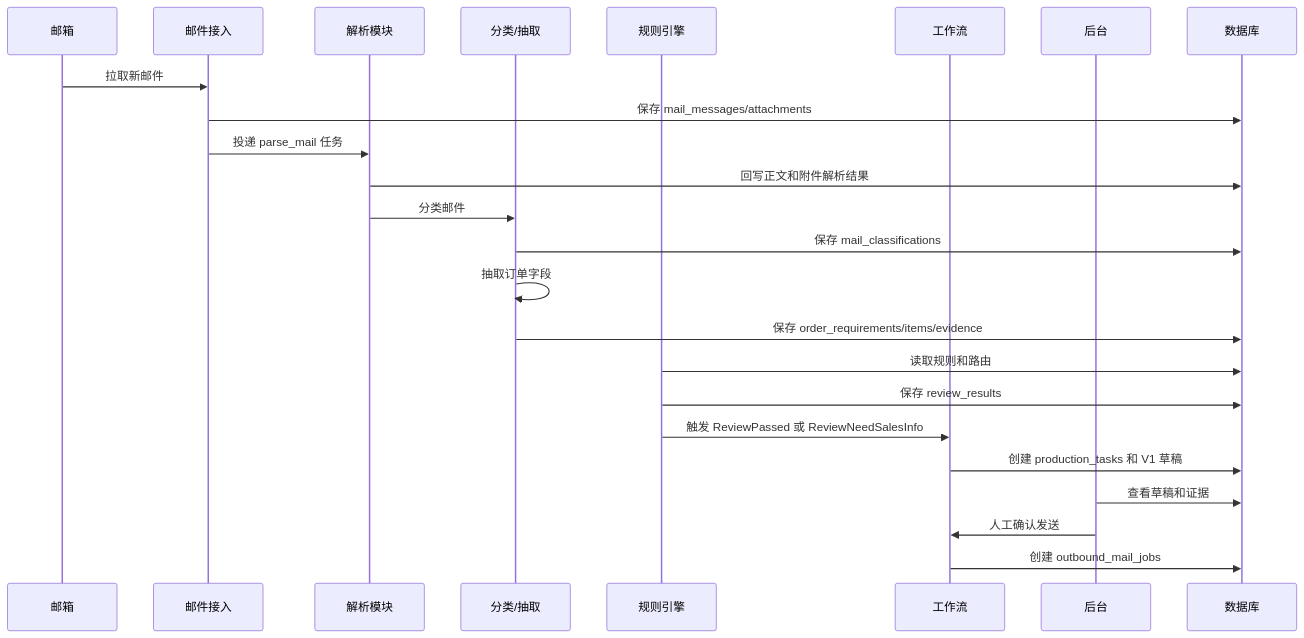
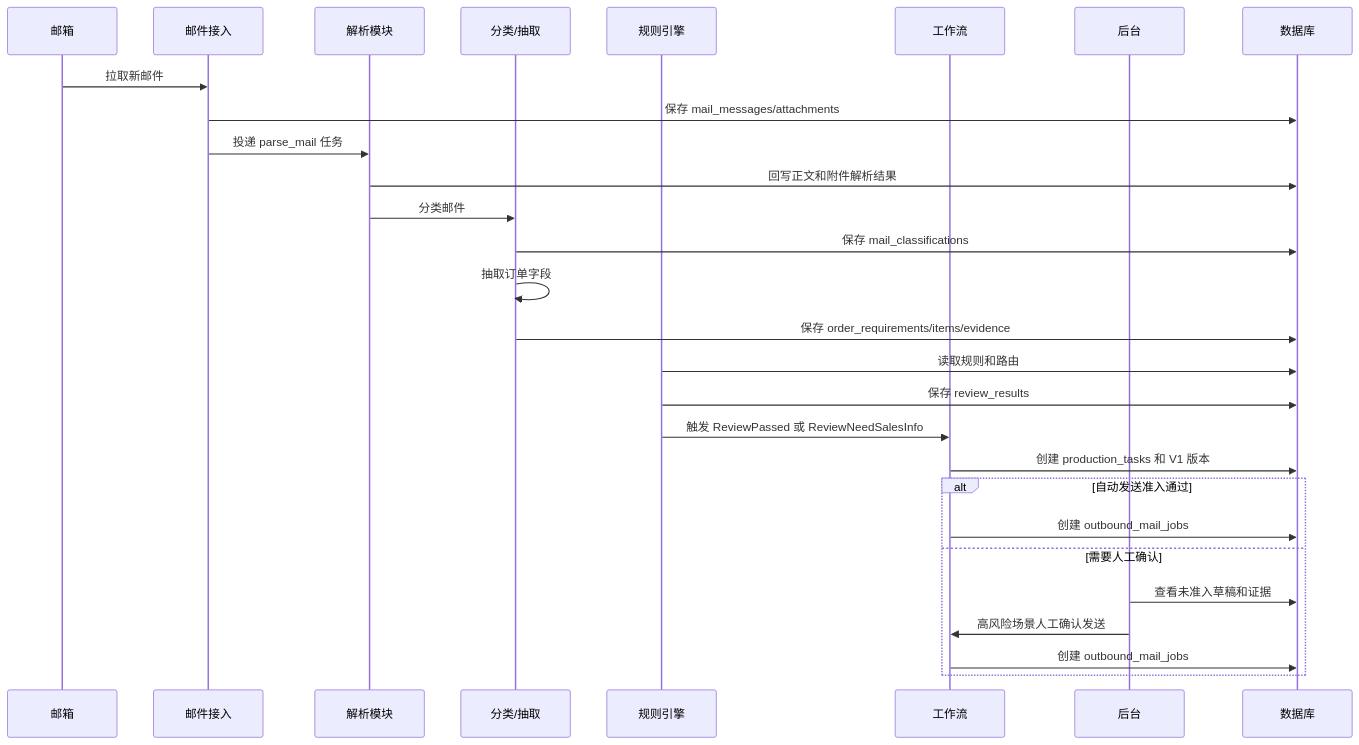
One commit to kaimw/jm-sp-bot changed the third of 4 diagrams in docs/database-workflow-design.md. Above: the diagram before and after it, drawn with Mermaid. The commit also changed other lines of this file and 16 other files, not shown here.

Commit message:
Improve mail sync ordering and admin UI

````diff
--- a/docs/database-workflow-design.md
+++ b/docs/database-workflow-design.md
@@ -1020,27 +1020,31 @@
 ```mermaid
 sequenceDiagram
     participant Mail as 邮箱
     participant Gateway as 邮件接入
     participant Parser as 解析模块
     participant AI as 分类/抽取
     participant Rule as 规则引擎
     participant WF as 工作流
     participant Admin as 后台
     participant DB as 数据库
 
     Mail->>Gateway: 拉取新邮件
     Gateway->>DB: 保存 mail_messages/attachments
     Gateway->>Parser: 投递 parse_mail 任务
     Parser->>DB: 回写正文和附件解析结果
     Parser->>AI: 分类邮件
     AI->>DB: 保存 mail_classifications
     AI->>AI: 抽取订单字段
     AI->>DB: 保存 order_requirements/items/evidence
     Rule->>DB: 读取规则和路由
     Rule->>DB: 保存 review_results
     Rule->>WF: 触发 ReviewPassed 或 ReviewNeedSalesInfo
-    WF->>DB: 创建 production_tasks 和 V1 草稿
-    Admin->>DB: 查看草稿和证据
-    Admin->>WF: 人工确认发送
-    WF->>DB: 创建 outbound_mail_jobs
+    WF->>DB: 创建 production_tasks 和 V1 版本
+    alt 自动发送准入通过
+        WF->>DB: 创建 outbound_mail_jobs
+    else 需要人工确认
+        Admin->>DB: 查看未准入草稿和证据
+        Admin->>WF: 高风险场景人工确认发送
+        WF->>DB: 创建 outbound_mail_jobs
+    end
 ```
````
